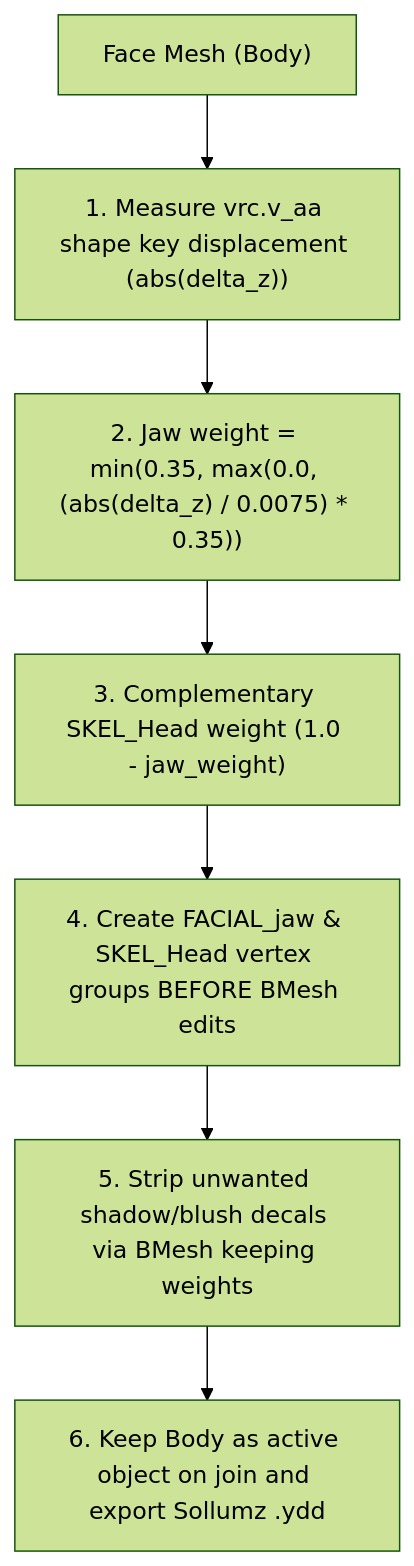
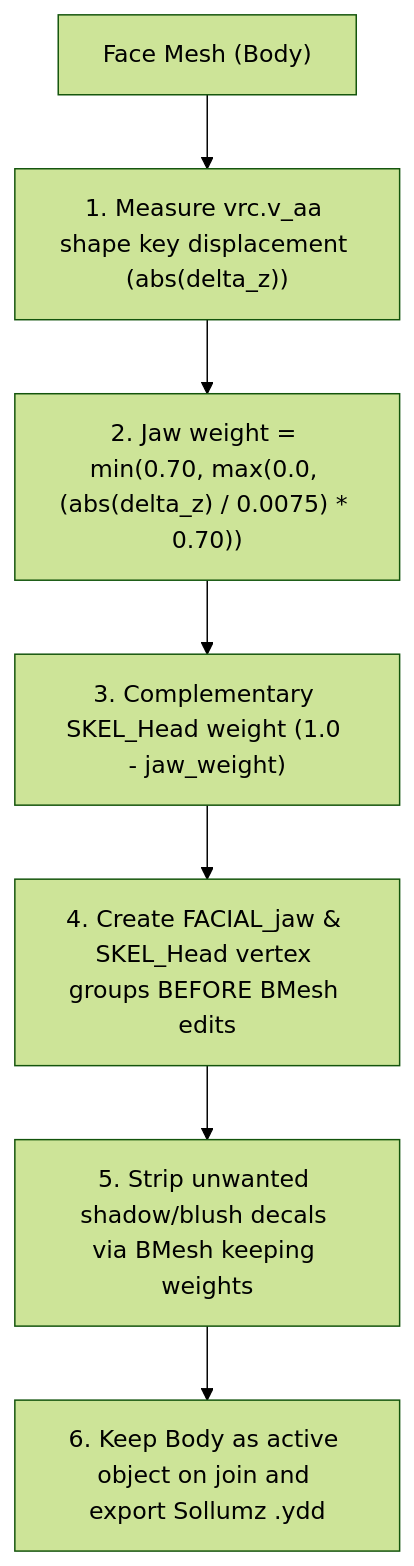
One commit to TheOkamoto/vrcavatar2gtav changed the diagram in docs/DEPLOYMENT_GUIDE.md. Above: the diagram before and after it, drawn with Mermaid (forest theme). The commit also changed other lines of this file and 24 other files, not shown here.

````diff
--- a/docs/DEPLOYMENT_GUIDE.md
+++ b/docs/DEPLOYMENT_GUIDE.md
@@ -113,9 +113,9 @@
 ```mermaid
 flowchart TD
     FaceMesh["Face Mesh (Body)"] --> ShapeKey["1. Measure vrc.v_aa shape key displacement (abs(delta_z))"]
-    ShapeKey --> JawFormula["2. Jaw weight = min(0.35, max(0.0, (abs(delta_z) / 0.0075) * 0.35))"]
+    ShapeKey --> JawFormula["2. Jaw weight = min(0.70, max(0.0, (abs(delta_z) / 0.0075) * 0.70))"]
     JawFormula --> HeadSplit["3. Complementary SKEL_Head weight (1.0 - jaw_weight)"]
     HeadSplit --> PreBMesh["4. Create FACIAL_jaw & SKEL_Head vertex groups BEFORE BMesh edits"]
     PreBMesh --> CleanAlpha["5. Strip unwanted shadow/blush decals via BMesh keeping weights"]
     CleanAlpha --> ActiveJoin["6. Keep Body as active object on join and export Sollumz .ydd"]
 ```
````
